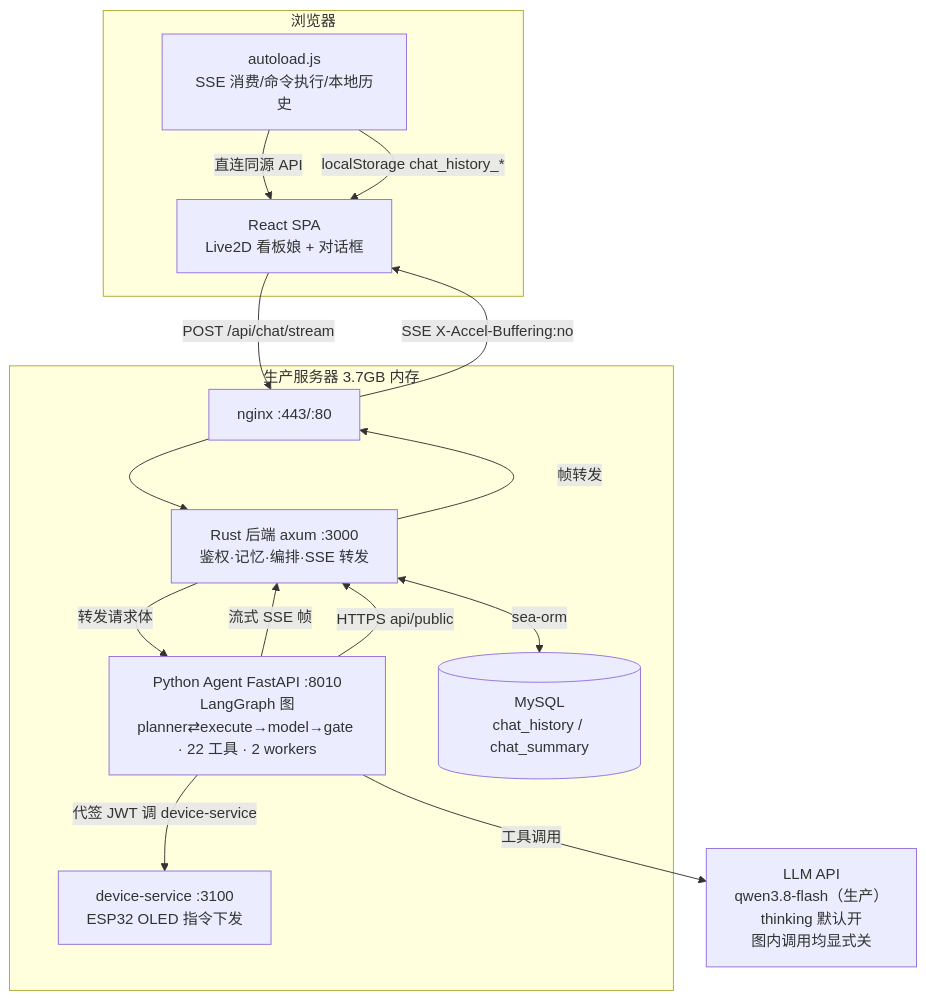
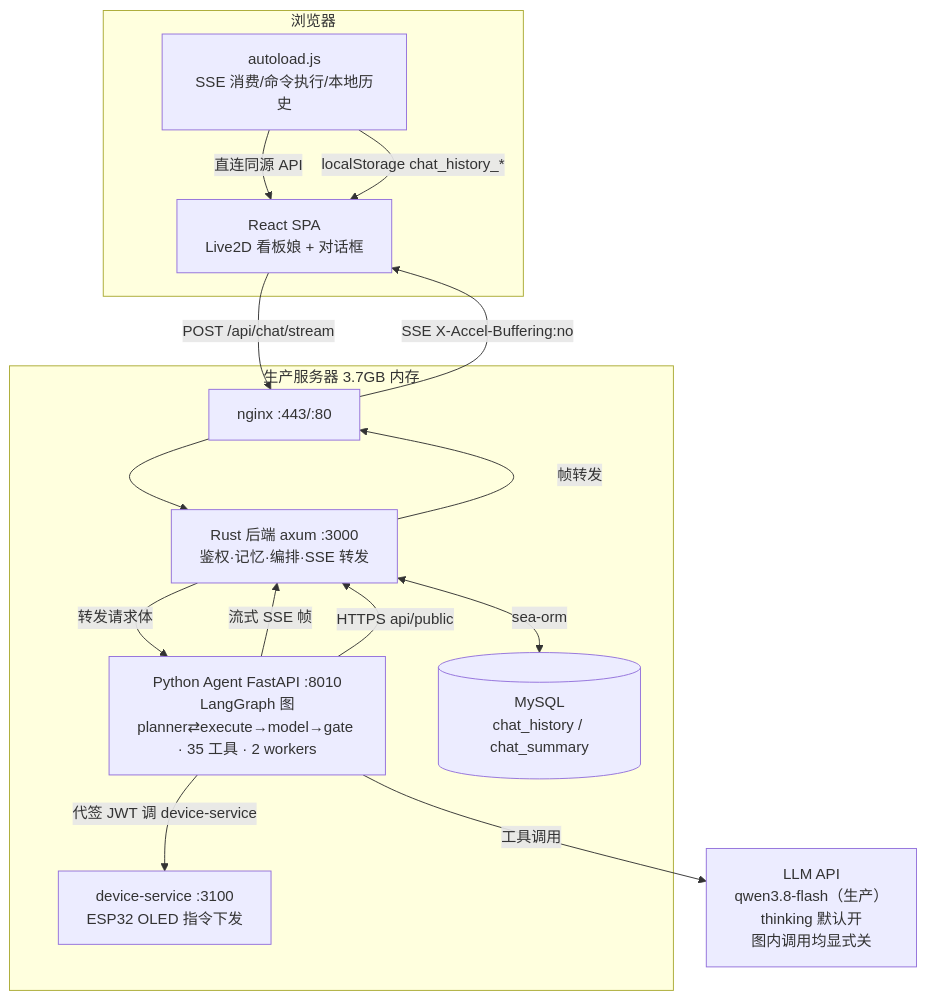
Before and after one commit to BigLeopardCat/saudade-blog-agent: the first of 5 diagrams in docs/agent-architecture.md, drawn with Mermaid. The commit also changed other lines of this file and 5 other files, not shown here.

````diff
--- a/docs/agent-architecture.md
+++ b/docs/agent-architecture.md
@@ -48,30 +66,30 @@
 ```mermaid
 flowchart TB
     subgraph Browser[浏览器]
         UI[React SPA<br/>Live2D 看板娘 + 对话框]
         AJS[autoload.js<br/>SSE 消费/命令执行/本地历史]
     end
 
     subgraph Server[生产服务器 3.7GB 内存]
         NGX[nginx :443/:80]
         RUST[Rust 后端 axum :3000<br/>鉴权·记忆·编排·SSE 转发]
-        AGT[Python Agent FastAPI :8010<br/>LangGraph 图<br/>planner⇄execute→model→gate · 22 工具 · 2 workers]
+        AGT[Python Agent FastAPI :8010<br/>LangGraph 图<br/>planner⇄execute→model→gate · 35 工具 · 2 workers]
         MYSQL[(MySQL<br/>chat_history / chat_summary)]
         DEV[device-service :3100<br/>ESP32 OLED 指令下发]
     end
 
     LLM[LLM API<br/>qwen3.8-flash（生产）<br/>thinking 默认开<br/>图内调用均显式关]
 
     UI -->|POST /api/chat/stream| NGX
     NGX --> RUST
     RUST -->|转发请求体| AGT
     AGT -->|流式 SSE 帧| RUST
     RUST -->|帧转发| NGX
     NGX -->|SSE X-Accel-Buffering:no| UI
     AJS -->|直连同源 API| UI
     RUST <-->|sea-orm| MYSQL
     AGT -->|工具调用| LLM
     AGT -->|HTTPS api/public| RUST
     AGT -->|代签 JWT 调 device-service| DEV
     AJS -->|localStorage chat_history_*| UI
 ```
````
